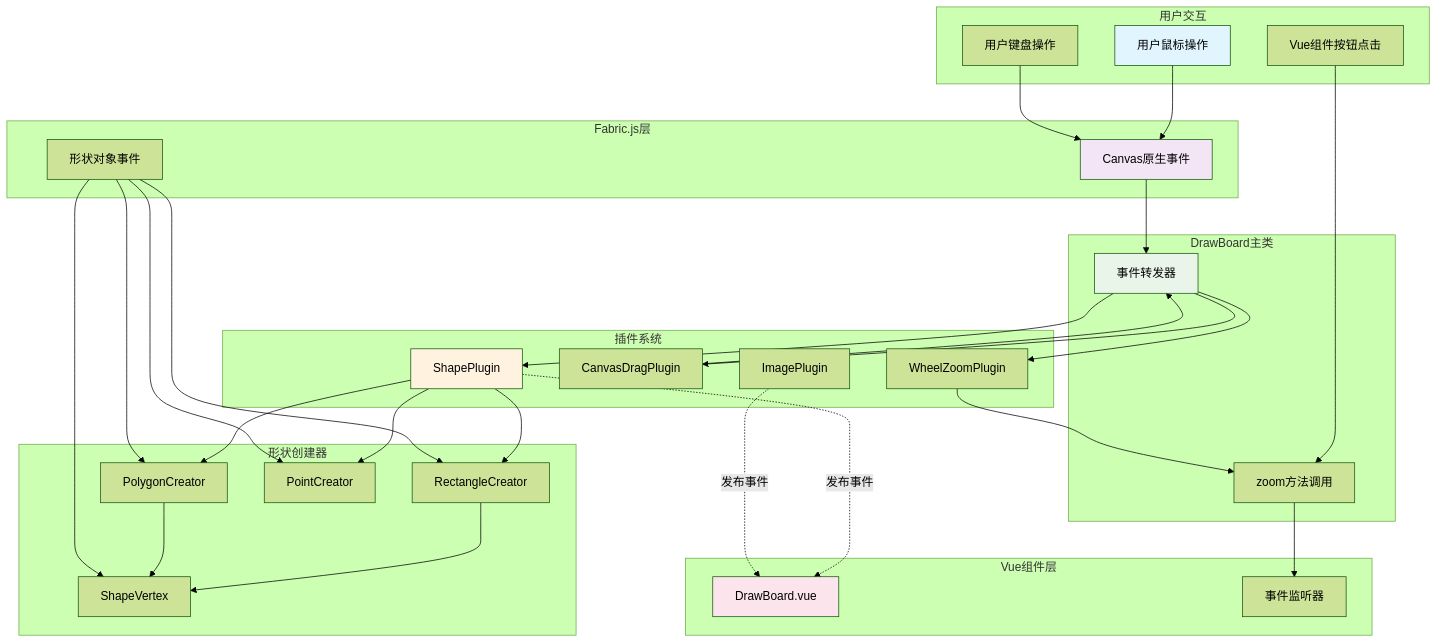
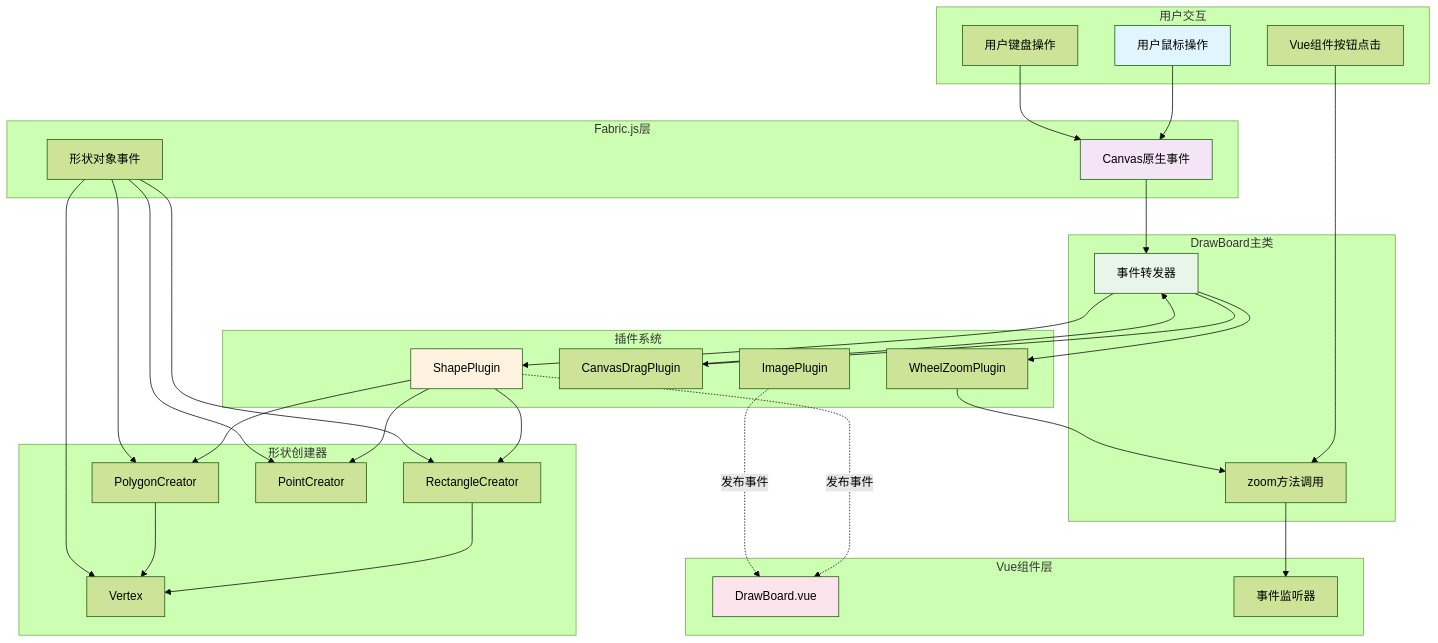
Before and after one commit to stormspirit055/Dot2D: the second of 2 diagrams in .trae/documents/事件系统流向图.md, drawn with Mermaid (forest theme). The commit also changed other lines of this file and 6 other files, not shown here.

````diff
--- a/.trae/documents/事件系统流向图.md
+++ b/.trae/documents/事件系统流向图.md
@@ -230,73 +230,73 @@
 ```mermaid
 graph TD
     subgraph "用户交互"
         A[用户鼠标操作]
         B[用户键盘操作]
         C[Vue组件按钮点击]
     end
-    
+
     subgraph "Fabric.js层"
         D[Canvas原生事件]
         E[形状对象事件]
     end
-    
+
     subgraph "DrawBoard主类"
         F[事件转发器]
         G[zoom方法调用]
     end
-    
+
     subgraph "插件系统"
         H[WheelZoomPlugin]
         I[CanvasDragPlugin]
         J[ShapePlugin]
         K[ImagePlugin]
     end
-    
+
     subgraph "Vue组件层"
         L[DrawBoard.vue]
         M[事件监听器]
     end
-    
+
     subgraph "形状创建器"
         N[RectangleCreator]
         O[PolygonCreator]
         P[PointCreator]
-        Q[ShapeVertex]
+        Q[Vertex]
     end
-    
+
     %% 事件流向
     A --> D
     B --> D
     C --> G
-    
+
     D --> F
     F --> H
     F --> I
     F --> J
-    
+
     G --> M
-    
+
     J --> N
     J --> O
     J --> P
-    
+
     N --> Q
     O --> Q
-    
+
     E --> N
     E --> O
     E --> P
     E --> Q
-    
+
     H --> G
     I --> F
-    
+
     J -.发布事件.-> L
     K -.发布事件.-> L
-    
+
     style A fill:#e1f5fe
     style D fill:#f3e5f5
     style F fill:#e8f5e8
     style J fill:#fff3e0
     style L fill:#fce4ec
 ```
````
